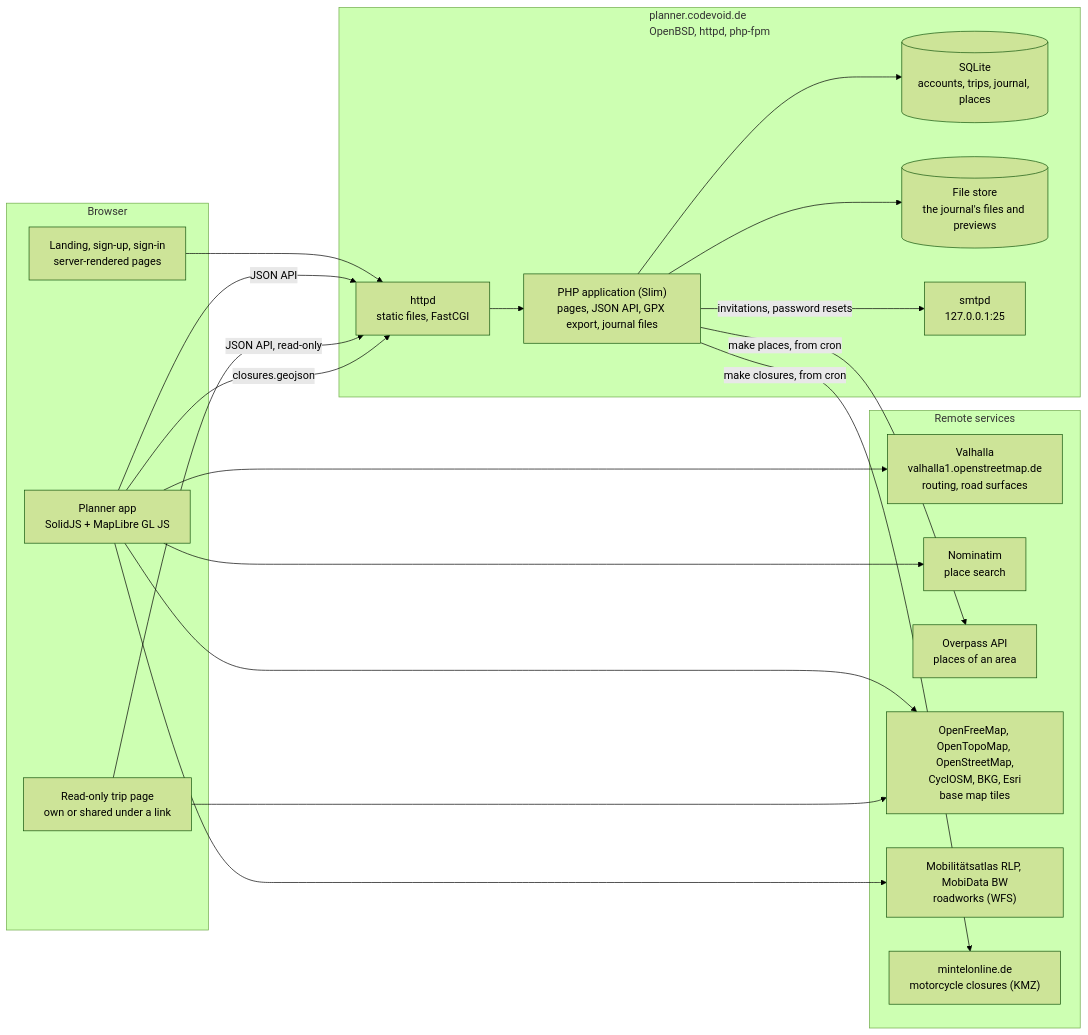
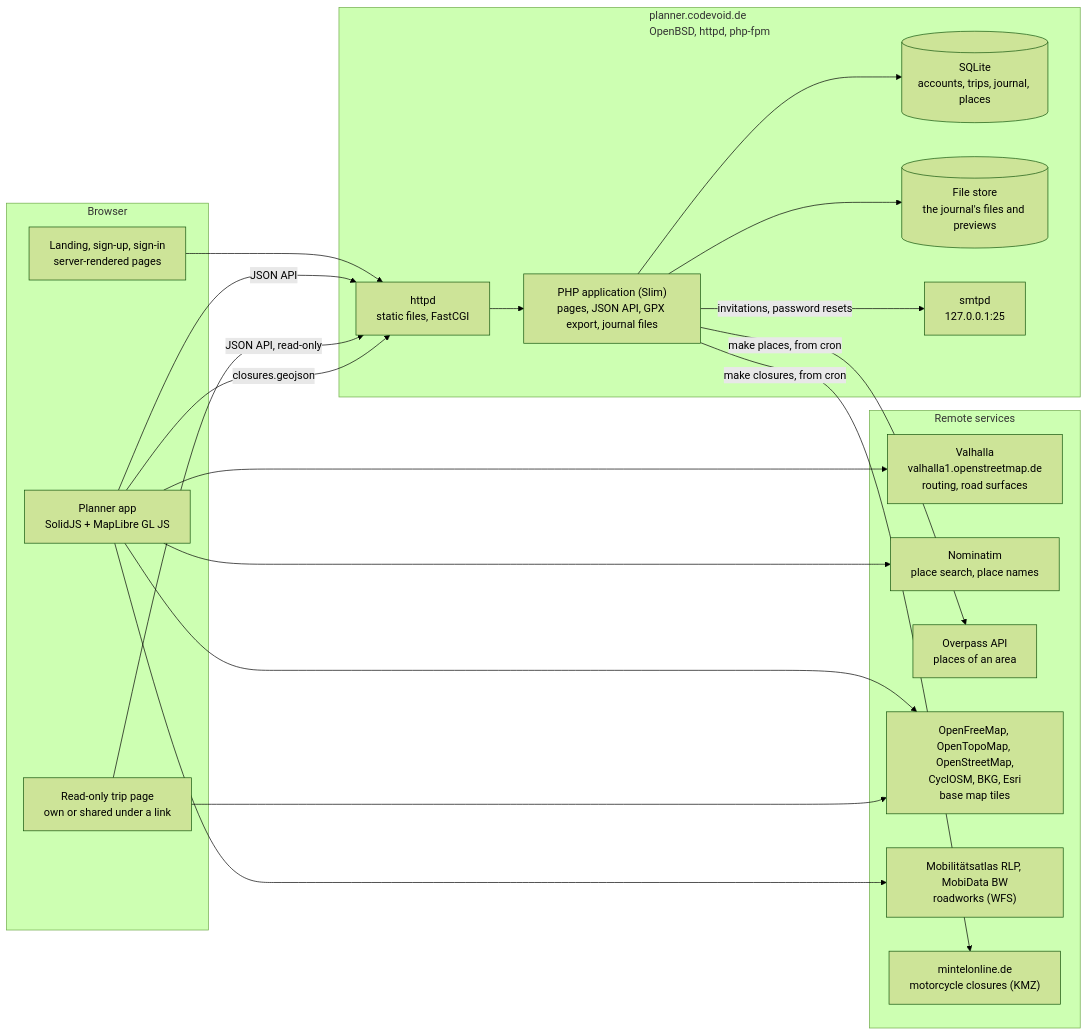
The first of 3 diagrams in .github/architecture.md (c0dev0id/TripPlanner), drawn with Mermaid (forest theme) before and after one commit. The commit also changed other lines of this file and 5 other files, not shown here.

````diff
--- a/.github/architecture.md
+++ b/.github/architecture.md
@@ -8,38 +8,38 @@
 ```mermaid
 flowchart LR
   subgraph browser["Browser"]
     pages["Landing, sign-up, sign-in<br/>server-rendered pages"]
     app["Planner app<br/>SolidJS + MapLibre GL JS"]
     view["Read-only trip page<br/>own or shared under a link"]
   end
   subgraph server["planner.codevoid.de<br/>OpenBSD, httpd, php-fpm"]
     httpd["httpd<br/>static files, FastCGI"]
     php["PHP application (Slim)<br/>pages, JSON API, GPX export, journal files"]
     db[("SQLite<br/>accounts, trips, journal, places")]
     files[("File store<br/>the journal's files and previews")]
     smtpd["smtpd<br/>127.0.0.1:25"]
   end
   subgraph remote["Remote services"]
     valhalla["Valhalla<br/>valhalla1.openstreetmap.de<br/>routing, road surfaces"]
-    nominatim["Nominatim<br/>place search"]
+    nominatim["Nominatim<br/>place search, place names"]
     overpass["Overpass API<br/>places of an area"]
     tiles["OpenFreeMap, OpenTopoMap, OpenStreetMap,<br/>CyclOSM, BKG, Esri<br/>base map tiles"]
     roadworks["Mobilitätsatlas RLP, MobiData BW<br/>roadworks (WFS)"]
     closures["mintelonline.de<br/>motorcycle closures (KMZ)"]
   end
   pages --> httpd
   app -->|JSON API| httpd
   view -->|JSON API, read-only| httpd
   httpd --> php
   php --> db
   php --> files
   php -->|invitations, password resets| smtpd
   app --> valhalla
   app --> nominatim
   php -->|make places, from cron| overpass
   app --> tiles
   app --> roadworks
   php -->|make closures, from cron| closures
   app -->|closures.geojson| httpd
   view --> tiles
 ```
````
